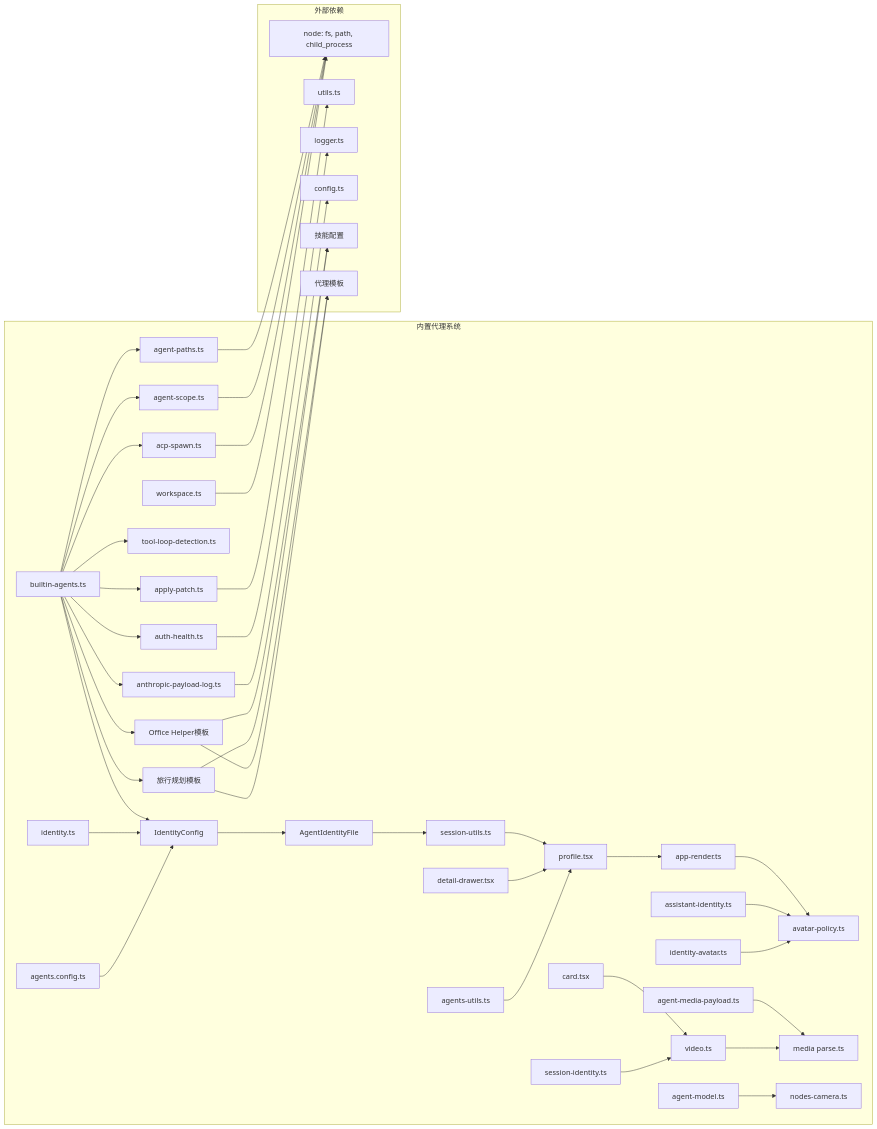
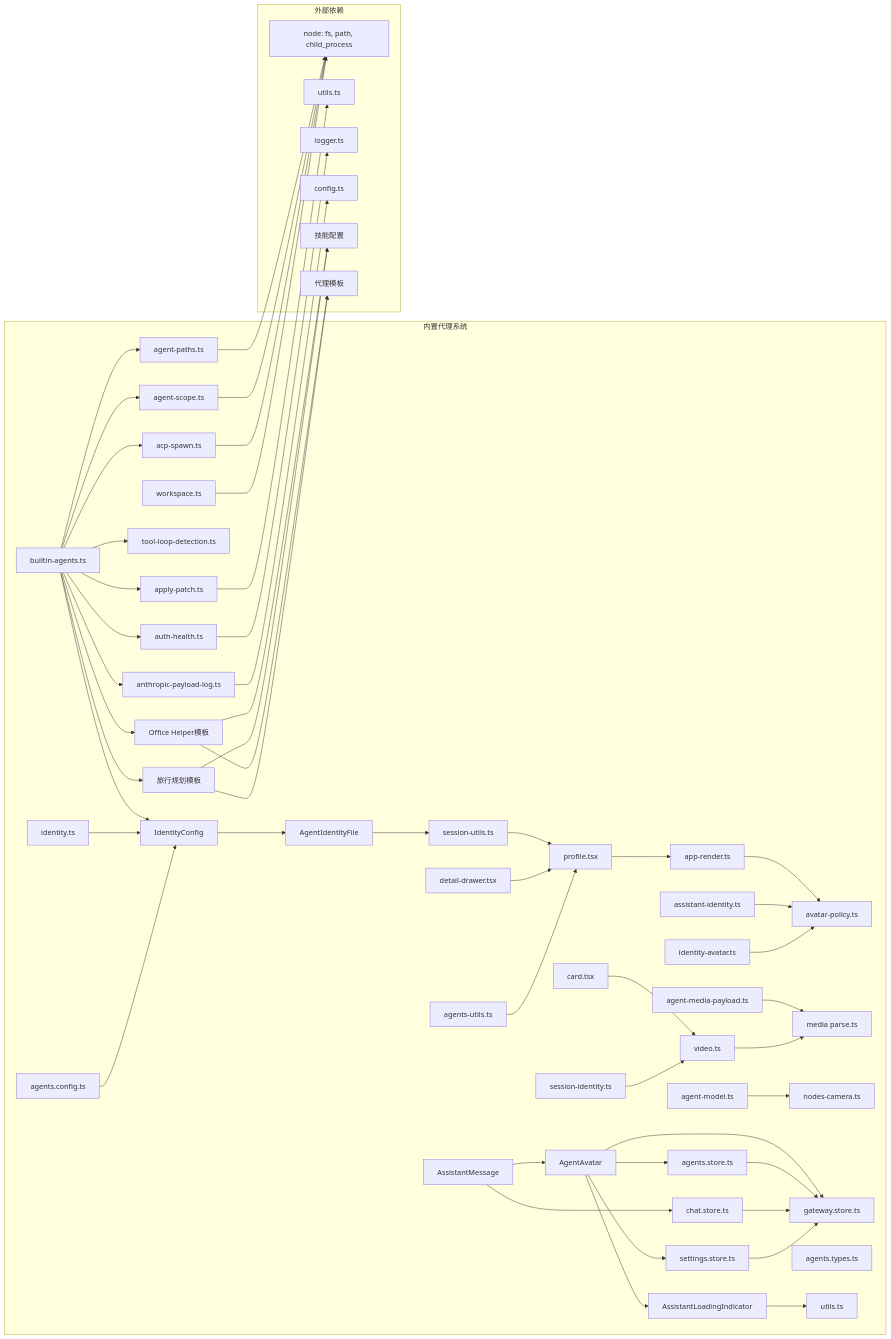
Before and after one commit to verse-ai-org/openclaw: diagram 22 of 23 in .qoder/repowiki/zh/content/Builtin Agents System.md, drawn with Mermaid. The commit also changed other lines of this file and 5 other files, not shown here.

````diff
--- a/.qoder/repowiki/zh/content/Builtin Agents System.md
+++ b/.qoder/repowiki/zh/content/Builtin Agents System.md
@@ -787,6 +978,15 @@
 PARSE[media parse.ts]
 CAM[nodes-camera.ts]
 VID[video.ts]
+AA[AgentAvatar]
+AMSG[AssistantMessage]
+ASTORE[agents.store.ts]
+CSTORE[chat.store.ts]
+SSTORE[settings.store.ts]
+GSTORE[gateway.store.ts]
+ATYPES[agents.types.ts]
+ALI[AssistantLoadingIndicator]
+UTILS[utils.ts]
 end
 subgraph "外部依赖"
 Node[node: fs, path, child_process]
@@ -833,4 +1033,14 @@
 ZS --> CAM
 SID --> VID
 VID --> PARSE
+AA --> ASTORE
+AA --> SSTORE
+AA --> GSTORE
+AA --> ALI
+AMSG --> AA
+AMSG --> CSTORE
+ASTORE --> GSTORE
+CSTORE --> GSTORE
+SSTORE --> GSTORE
+ALI --> UTILS
 ```
````
